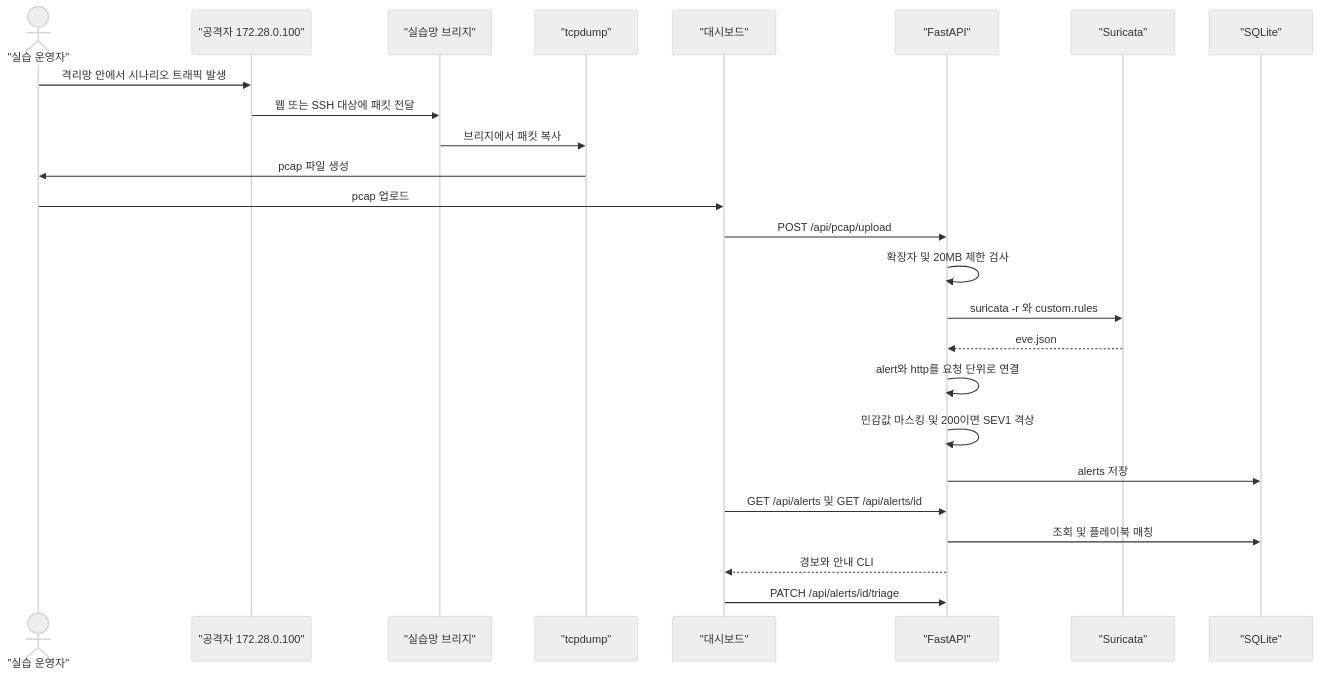
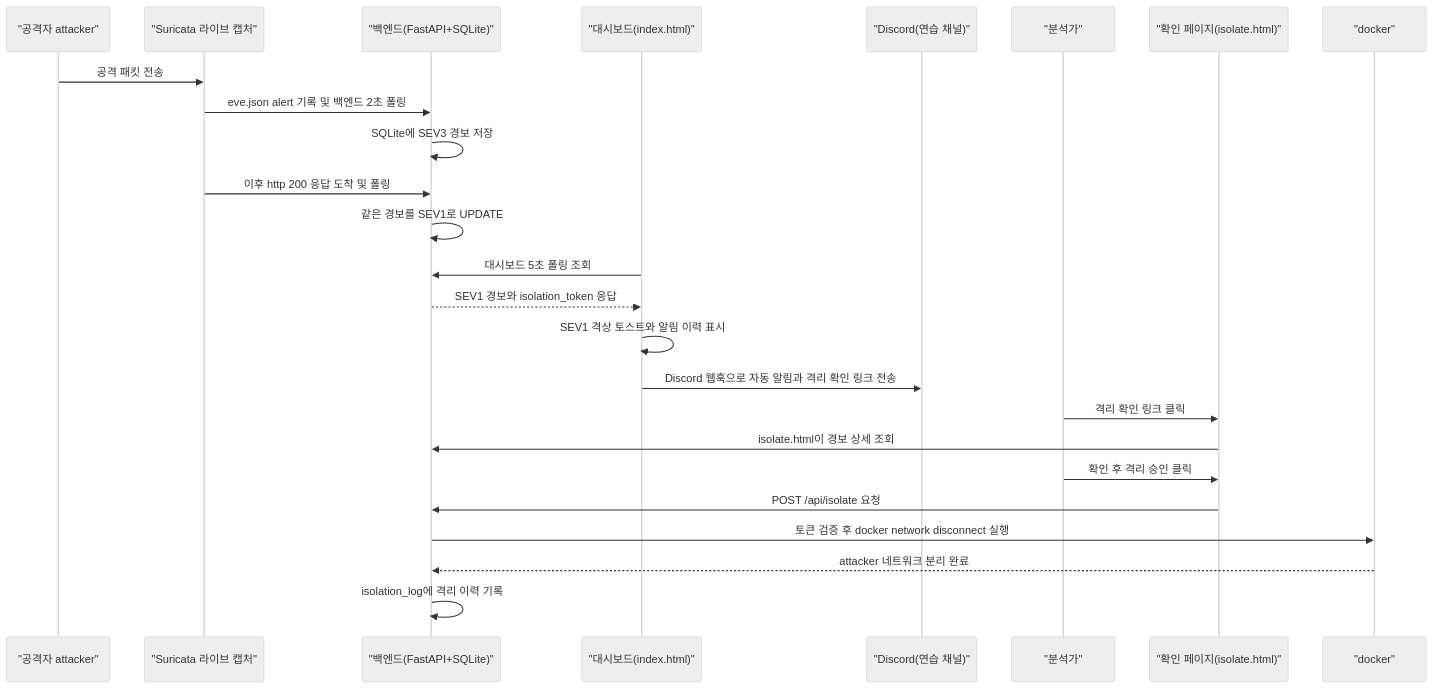
The second of 2 diagrams in docs/ARCHITECTURE.md (Weo0o0/RookiRooki), drawn with Mermaid (neutral theme) before and after one commit. The commit also changed other lines of this file, not shown here.

First line of the commit message:
docs: ARCHITECTURE를 현재 구현(라이브 캡처, 승인 기반 격리, SEV1 격상 알림) 기준으로 갱신

````diff
--- a/docs/ARCHITECTURE.md
+++ b/docs/ARCHITECTURE.md
@@ -75,28 +161,28 @@
 ```mermaid
 sequenceDiagram
-  actor Operator as "실습 운영자"
-  participant Atk as "공격자 172.28.0.100"
-  participant Lab as "실습망 브리지"
-  participant Dump as "tcpdump"
-  participant UI as "대시보드"
-  participant API as "FastAPI"
-  participant Suri as "Suricata"
-  participant DB as "SQLite"
+  participant Atk as "공격자 attacker"
+  participant Suri as "Suricata 라이브 캡처"
+  participant API as "백엔드(FastAPI+SQLite)"
+  participant UI as "대시보드(index.html)"
+  participant Discord as "Discord(연습 채널)"
+  participant Analyst as "분석가"
+  participant Iso as "확인 페이지(isolate.html)"
+  participant Docker as "docker"
 
-  Operator->>Atk: 격리망 안에서 시나리오 트래픽 발생
-  Atk->>Lab: 웹 또는 SSH 대상에 패킷 전달
-  Lab->>Dump: 브리지에서 패킷 복사
-  Dump->>Operator: pcap 파일 생성
-  Operator->>UI: pcap 업로드
-  UI->>API: POST /api/pcap/upload
-  API->>API: 확장자 및 20MB 제한 검사
-  API->>Suri: suricata -r 와 custom.rules
-  Suri-->>API: eve.json
-  API->>API: alert와 http를 요청 단위로 연결
-  API->>API: 민감값 마스킹 및 200이면 SEV1 격상
-  API->>DB: alerts 저장
-  UI->>API: GET /api/alerts 및 GET /api/alerts/id
-  API->>DB: 조회 및 플레이북 매칭
-  API-->>UI: 경보와 안내 CLI
-  UI->>API: PATCH /api/alerts/id/triage
+  Atk->>Suri: 공격 패킷 전송
+  Suri->>API: eve.json alert 기록 및 백엔드 2초 폴링
+  API->>API: SQLite에 SEV3 경보 저장
+  Suri->>API: 이후 http 200 응답 도착 및 폴링
+  API->>API: 같은 경보를 SEV1로 UPDATE
+  UI->>API: 대시보드 5초 폴링 조회
+  API-->>UI: SEV1 경보와 isolation_token 응답
+  UI->>UI: SEV1 격상 토스트와 알림 이력 표시
+  UI->>Discord: Discord 웹훅으로 자동 알림과 격리 확인 링크 전송
+  Analyst->>Iso: 격리 확인 링크 클릭
+  Iso->>API: isolate.html이 경보 상세 조회
+  Analyst->>Iso: 확인 후 격리 승인 클릭
+  Iso->>API: POST /api/isolate 요청
+  API->>Docker: 토큰 검증 후 docker network disconnect 실행
+  Docker-->>API: attacker 네트워크 분리 완료
+  API->>API: isolation_log에 격리 이력 기록
 ```
````
